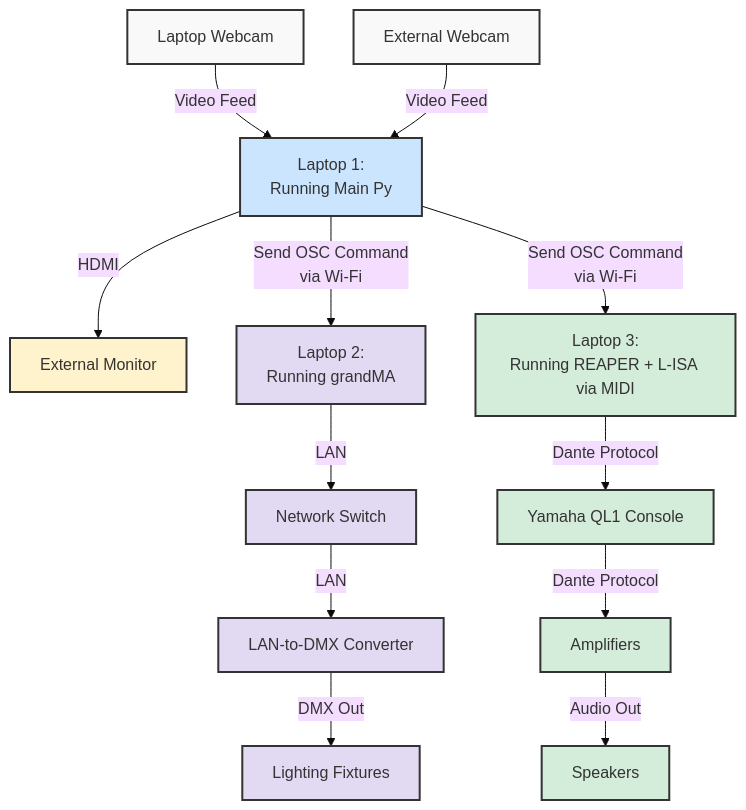
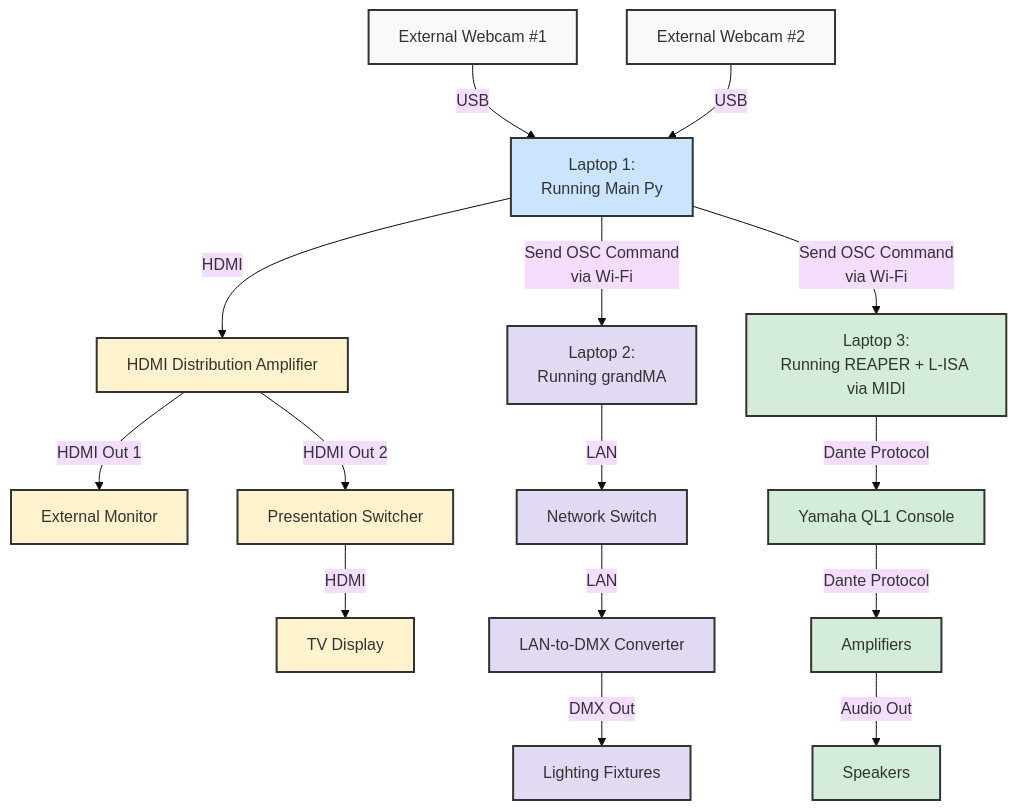
The diagram in README.md (cel-esx/EGL314_TeamB), drawn with Mermaid (base theme) before and after one commit. The commit also changed other lines of this file and 46 other files, not shown here.

````diff
--- a/README.md
+++ b/README.md
@@ -64,36 +69,41 @@
-```mermaid
+``` mermaid
 graph TD
     %% Style Definitions
     classDef inputs fill:#f9f9f9,stroke:#333,stroke-width:2px;
     classDef master fill:#cce5ff,stroke:#333,stroke-width:2px;
     classDef lighting fill:#e2d9f3,stroke:#333,stroke-width:2px;
     classDef audio fill:#d4edda,stroke:#333,stroke-width:2px;
     classDef hardware fill:#fff3cd,stroke:#333,stroke-width:2px;
 
-    %% Visual & Input Hardware
-    CAM1[Laptop Webcam] -->|Video Feed| B
-    CAM2[External Webcam] -->|Video Feed| B
-    B -->|HDMI| MON[External Monitor]
+    %% Visual Inputs
+    CAM1[External Webcam #1] -->|USB| B
+    CAM2[External Webcam #2] -->|USB| B
 
     %% Main Controller
     B[Laptop 1:<br>Running Main Py]
+
+    %% Video Routing Pipeline
+    B -->|HDMI| DA[HDMI Distribution Amplifier]
+    DA -->|HDMI Out 1| MON[External Monitor]
+    DA -->|HDMI Out 2| SW[Presentation Switcher]
+    SW -->|HDMI| TV[TV Display]
 
     %% Lighting Pipeline (Laptop 2)
     B -->|Send OSC Command<br>via Wi-Fi| C[Laptop 2:<br>Running grandMA]
     C -->|LAN| E[Network Switch]
     E -->|LAN| F[LAN-to-DMX Converter]
     F -->|DMX Out| G[Lighting Fixtures]
 
     %% Audio Pipeline (Laptop 3)
     B -->|Send OSC Command<br>via Wi-Fi| D[Laptop 3:<br>Running REAPER + L-ISA via MIDI]
     D -->|Dante Protocol| QL1[Yamaha QL1 Console]
     QL1 -->|Dante Protocol| AMP[Amplifiers]
     AMP -->|Audio Out| SPK[Speakers]
 
     %% Assign Styles
     class CAM1,CAM2 inputs;
     class B master;
-    class MON hardware;
+    class MON,DA,SW,TV hardware;
     class C,E,F,G lighting;
     class D,QL1,AMP,SPK audio;
-```
+  ```
````
